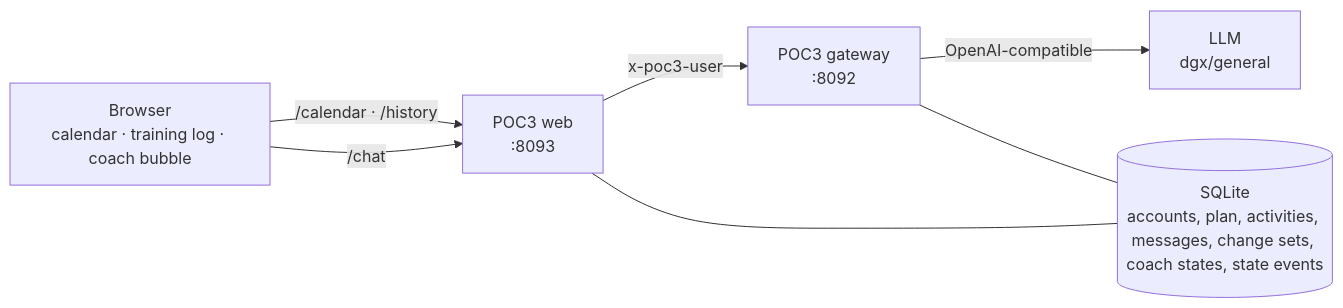
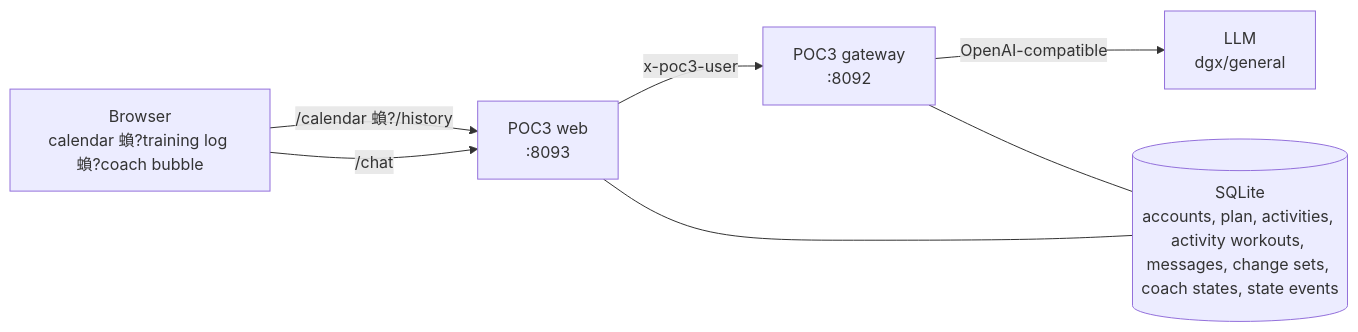
One commit to nkyang10/training-planner-3 changed the diagram in README.md. Above: the diagram before and after it, drawn with Mermaid. The commit also changed other lines of this file and 86 other files, not shown here.

````diff
--- a/README.md
+++ b/README.md
@@ -148,15 +212,15 @@
 ```mermaid
 flowchart LR
-    B["Browser<br/>calendar · training log · coach bubble"]
+    B["Browser<br/>calendar 蝜?training log 蝜?coach bubble"]
     W["POC3 web<br/>:8093"]
     G["POC3 gateway<br/>:8092"]
     M["LLM<br/>dgx/general"]
-    S[("SQLite<br/>accounts, plan, activities, messages, change sets, coach states, state events")]
+    S[("SQLite<br/>accounts, plan, activities, activity workouts, messages, change sets, coach states, state events")]
 
-    B -->|"/calendar · /history"| W
+    B -->|"/calendar 蝜?/history"| W
     B -->|"/chat"| W
     W -->|"x-poc3-user"| G
     G -->|"OpenAI-compatible"| M
     W --- S
     G --- S
 ```
````
